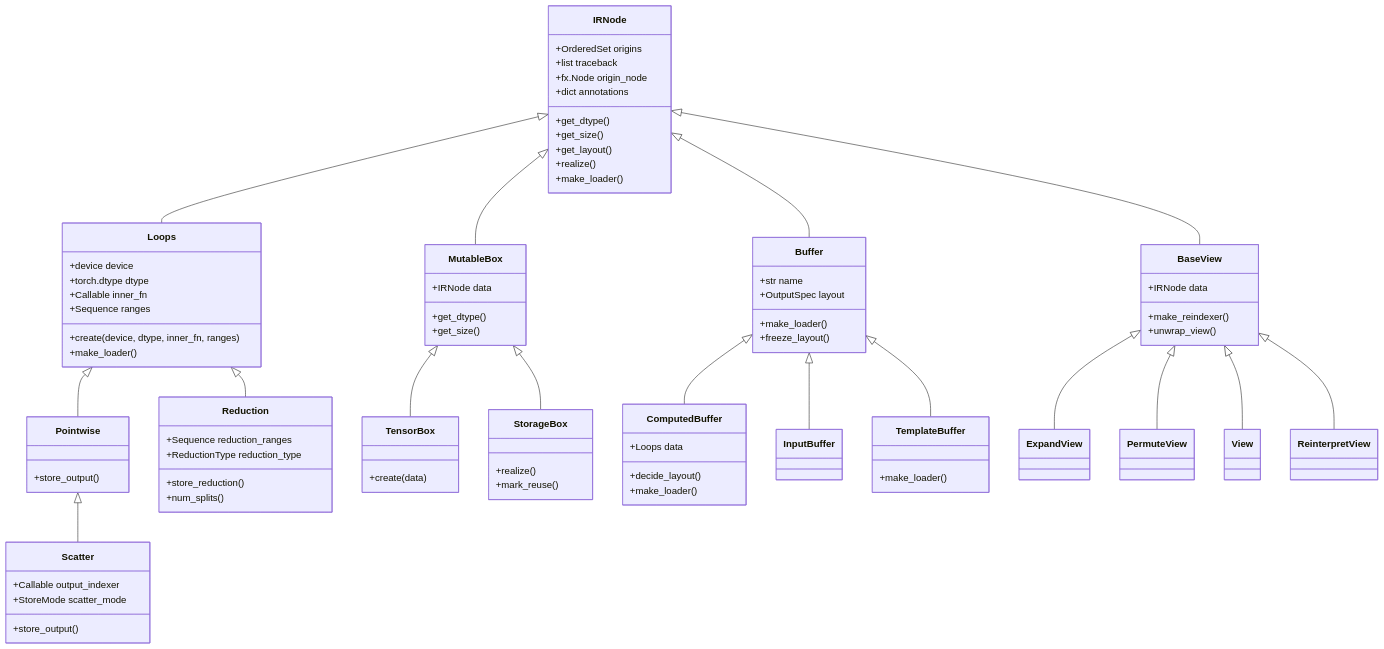
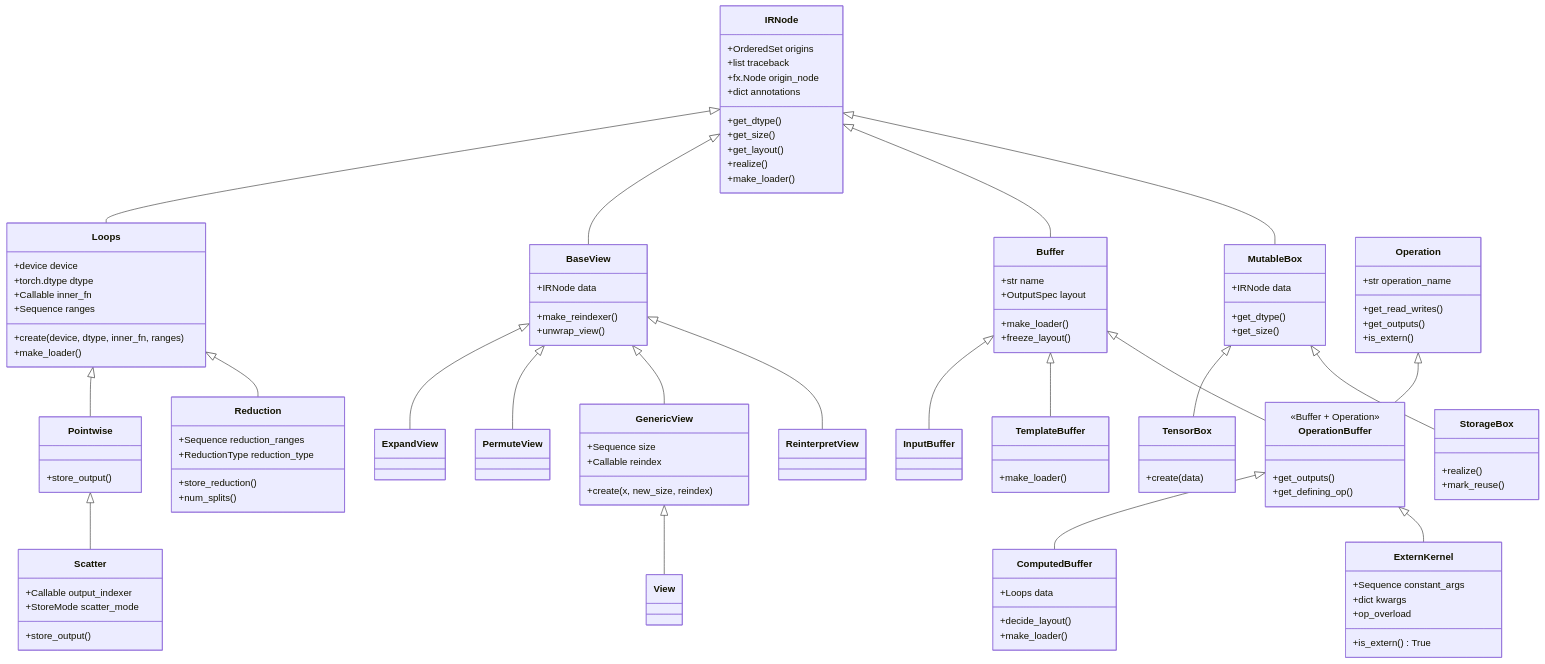
Before and after one commit to Allen-C-Guan/Pytorch-Inductor-Tutorial: the first of 2 diagrams in Introduction/compiler_view_tutorial/ch03_ir_design.md, drawn with Mermaid. The commit also changed other lines of this file and 12 other files, not shown here.

````diff
--- a/Introduction/compiler_view_tutorial/ch03_ir_design.md
+++ b/Introduction/compiler_view_tutorial/ch03_ir_design.md
@@ -217,6 +217,12 @@
         +unwrap_view()
     }
 
+    class GenericView {
+        +Sequence size
+        +Callable reindex
+        +create(x, new_size, reindex)
+    }
+
     class Buffer {
         +str name
         +OutputSpec layout
@@ -252,6 +258,26 @@
         +make_loader()
     }
 
+    class Operation {
+        +str operation_name
+        +get_read_writes()
+        +get_outputs()
+        +is_extern()
+    }
+
+    class OperationBuffer {
+        <<Buffer + Operation>>
+        +get_outputs()
+        +get_defining_op()
+    }
+
+    class ExternKernel {
+        +Sequence constant_args
+        +dict kwargs
+        +op_overload
+        +is_extern() True
+    }
+
     IRNode <|-- Loops
     IRNode <|-- BaseView
     IRNode <|-- Buffer
@@ -259,13 +285,17 @@
     Loops <|-- Pointwise
     Pointwise <|-- Scatter
     Loops <|-- Reduction
-    Buffer <|-- ComputedBuffer
     Buffer <|-- InputBuffer
     Buffer <|-- TemplateBuffer
+    Operation <|-- OperationBuffer
+    Buffer <|-- OperationBuffer
+    OperationBuffer <|-- ComputedBuffer
+    OperationBuffer <|-- ExternKernel
     MutableBox <|-- TensorBox
     MutableBox <|-- StorageBox
     BaseView <|-- ExpandView
     BaseView <|-- PermuteView
-    BaseView <|-- View
+    BaseView <|-- GenericView
+    GenericView <|-- View
     BaseView <|-- ReinterpretView
 ```
````
